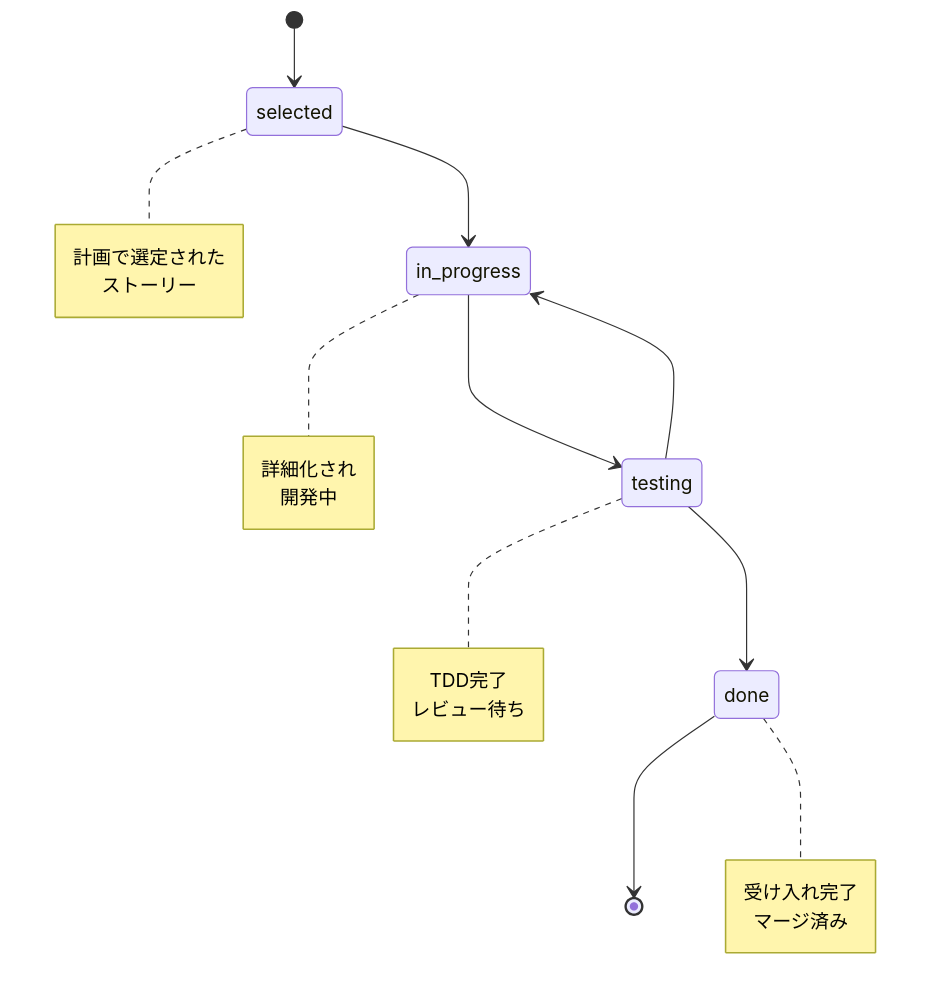
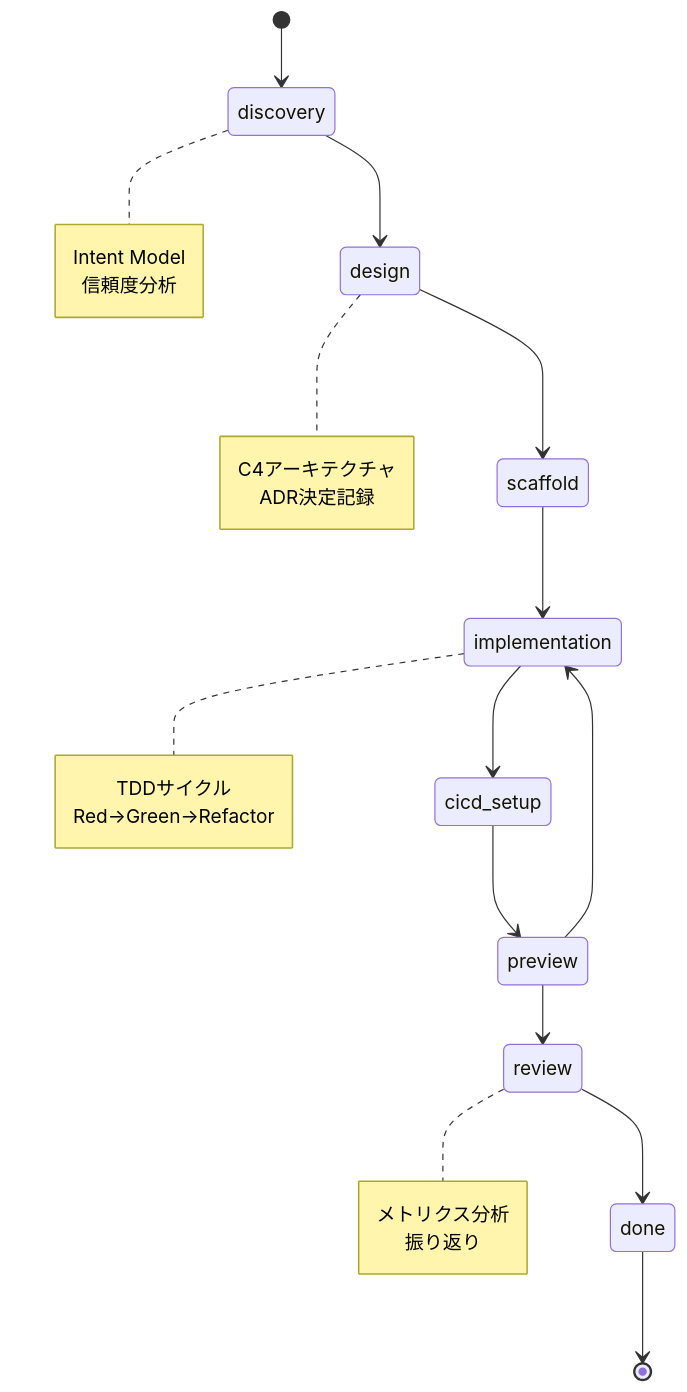
One commit to B16B1RD/cc-xp-kit changed the second of 6 diagrams in README.md. Above: the diagram before and after it, drawn with Mermaid. The commit also changed other lines of this file and 37 other files, not shown here.

````diff
--- a/README.md
+++ b/README.md
@@ -85,29 +89,33 @@
 ```mermaid
 stateDiagram-v2
-    [*] --> selected
-    selected --> in_progress
-    in_progress --> testing
-    testing --> done
-    testing --> in_progress
+    [*] --> discovery
+    discovery --> design
+    design --> scaffold
+    scaffold --> implementation
+    implementation --> cicd_setup
+    cicd_setup --> preview
+    preview --> review
+    review --> done
+    preview --> implementation
     done --> [*]
     
-    note right of selected
-        計画で選定された
-        ストーリー
+    note right of discovery
+        Intent Model
+        信頼度分析
     end note
     
-    note right of in_progress
-        詳細化され
-        開発中
+    note right of design
+        C4アーキテクチャ
+        ADR決定記録
     end note
     
-    note right of testing
-        TDD完了
-        レビュー待ち
+    note right of implementation
+        TDDサイクル
+        Red→Green→Refactor
     end note
     
-    note right of done
-        受け入れ完了
-        マージ済み
+    note right of review
+        メトリクス分析
+        振り返り
     end note
 ```
````
